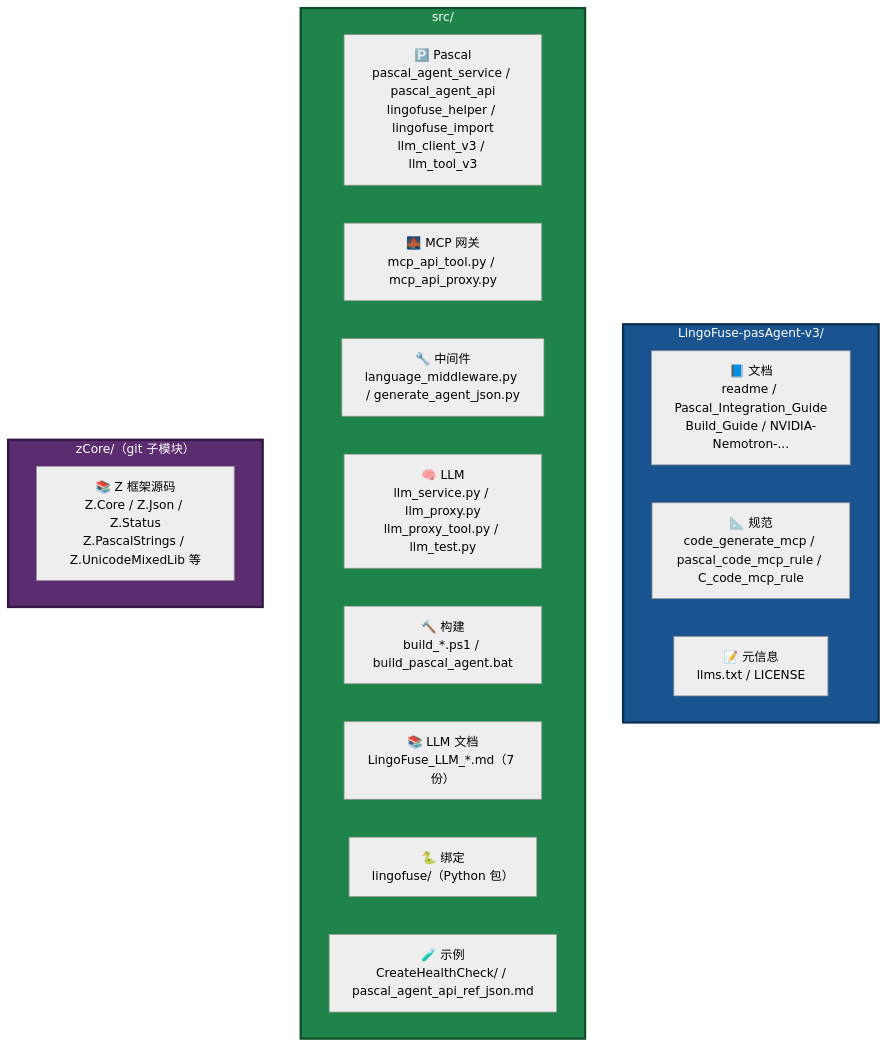
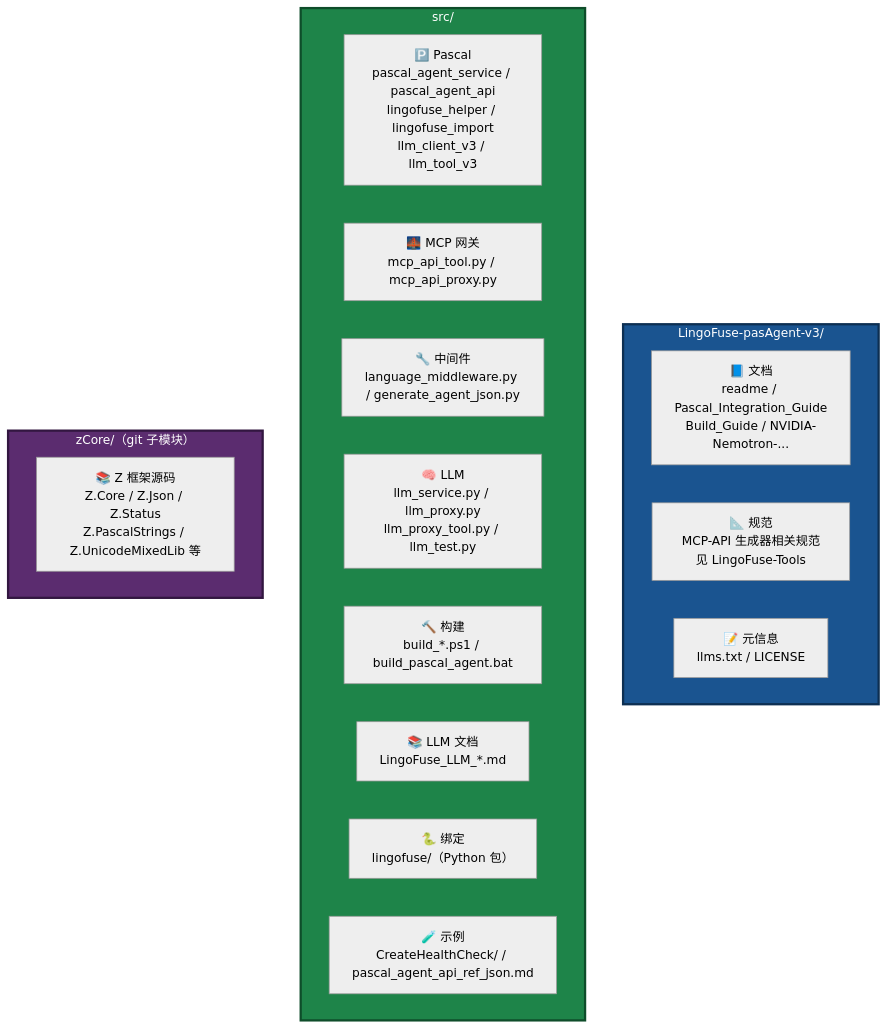
Before and after one commit to PassByYou888/LingoFuse-pasAgent-v3: the tenth of 10 diagrams in readme.md, drawn with Mermaid (neutral theme). The commit also changed other lines of this file and 83 other files, not shown here.

````diff
--- a/readme.md
+++ b/readme.md
@@ -565,27 +583,27 @@
 ```mermaid
 flowchart TB
     subgraph Root["LingoFuse-pasAgent-v3/"]
         R1["📘 文档<br/>readme / Pascal_Integration_Guide<br/>Build_Guide / NVIDIA-Nemotron-..."]
-        R2["📐 规范<br/>code_generate_mcp / pascal_code_mcp_rule / C_code_mcp_rule"]
+        R2["📐 规范<br/>MCP-API 生成器相关规范见 LingoFuse-Tools"]
         R3["📝 元信息<br/>llms.txt / LICENSE"]
     end
 
     subgraph Src["src/"]
         S1["🅿️ Pascal<br/>pascal_agent_service / pascal_agent_api<br/>lingofuse_helper / lingofuse_import<br/>llm_client_v3 / llm_tool_v3"]
         S2["🌉 MCP 网关<br/>mcp_api_tool.py / mcp_api_proxy.py"]
         S3["🔧 中间件<br/>language_middleware.py / generate_agent_json.py"]
         S4["🧠 LLM<br/>llm_service.py / llm_proxy.py<br/>llm_proxy_tool.py / llm_test.py"]
         S5["🔨 构建<br/>build_*.ps1 / build_pascal_agent.bat"]
-        S6["📚 LLM 文档<br/>LingoFuse_LLM_*.md（7 份）"]
+        S6["📚 LLM 文档<br/>LingoFuse_LLM_*.md"]
         S7["🐍 绑定<br/>lingofuse/（Python 包）"]
         S8["🧪 示例<br/>CreateHealthCheck/ / pascal_agent_api_ref_json.md"]
     end
 
     subgraph ZCore["zCore/（git 子模块）"]
         Z1["📚 Z 框架源码<br/>Z.Core / Z.Json / Z.Status<br/>Z.PascalStrings / Z.UnicodeMixedLib 等"]
     end
 
     style Root fill:#1A5490,stroke:#0D2F52,stroke-width:3px,color:#FFFFFF
     style Src fill:#1E8449,stroke:#0E4D2A,stroke-width:3px,color:#FFFFFF
     style ZCore fill:#5B2C6F,stroke:#321640,stroke-width:3px,color:#FFFFFF
 ```
````
